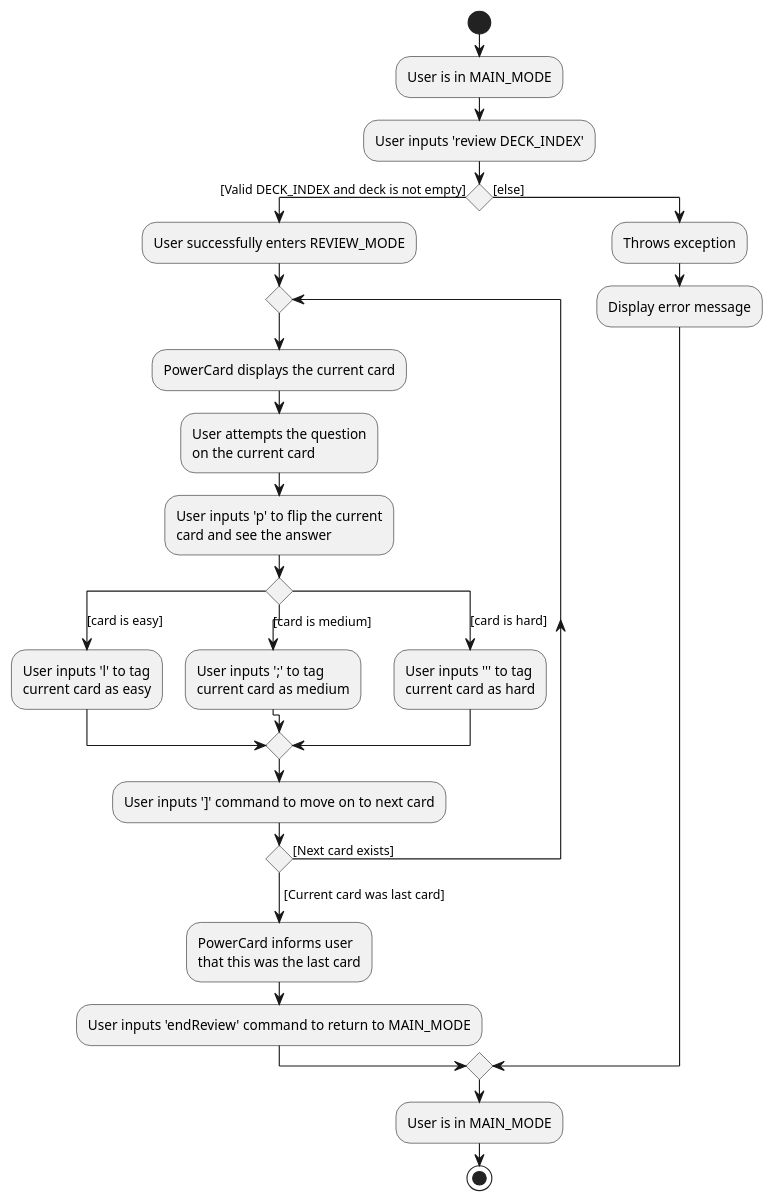
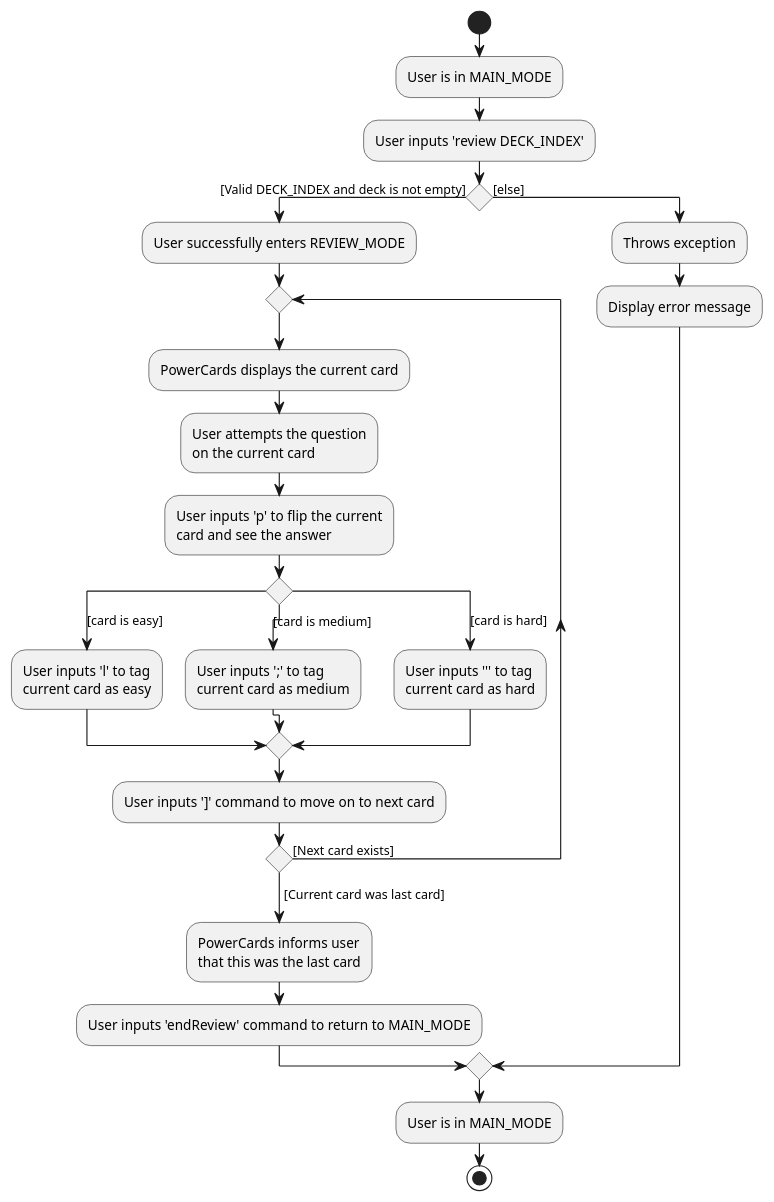
One commit to nus-cs2103-AY2223S2/tp changed the diagram in docs/diagrams/TypicalReviewActivityDiagram.puml. Above: the diagram before and after it, drawn with PlantUML. The commit also changed 8 other files, not shown here.

Commit message:
Update instances of PowerCard to PowerCards

```diff
--- a/docs/diagrams/TypicalReviewActivityDiagram.puml
+++ b/docs/diagrams/TypicalReviewActivityDiagram.puml
@@ -1,45 +1,45 @@
 @startuml
 
 start
 :User is in MAIN_MODE;
 :User inputs 'review DECK_INDEX';
 if () then ([Valid DECK_INDEX and deck is not empty])
     :User successfully enters REVIEW_MODE;
     repeat
-        :PowerCard displays the current card;
+        :PowerCards displays the current card;
         :User attempts the question
         on the current card;
         :User inputs 'p' to flip the current
         card and see the answer;
         switch ()
         case ([card is easy])
         :User inputs 'l' to tag
         current card as easy;
         case ([card is medium])
         :User inputs ';' to tag
         current card as medium;
         case ([card is hard])
         :User inputs ''' to tag
         current card as hard;
         endswitch
 
         :User inputs ']' command to move on to next card;
 
     repeat while () is ([Next card exists])
     -> [Current card was last card];
 
-    :PowerCard informs user
+    :PowerCards informs user
     that this was the last card;
 
     :User inputs 'endReview' command to return to MAIN_MODE;
 
 else ([else])
     :Throws exception;
     :Display error message;
 
 endif
 
 :User is in MAIN_MODE;
 
 stop
 @enduml
```
